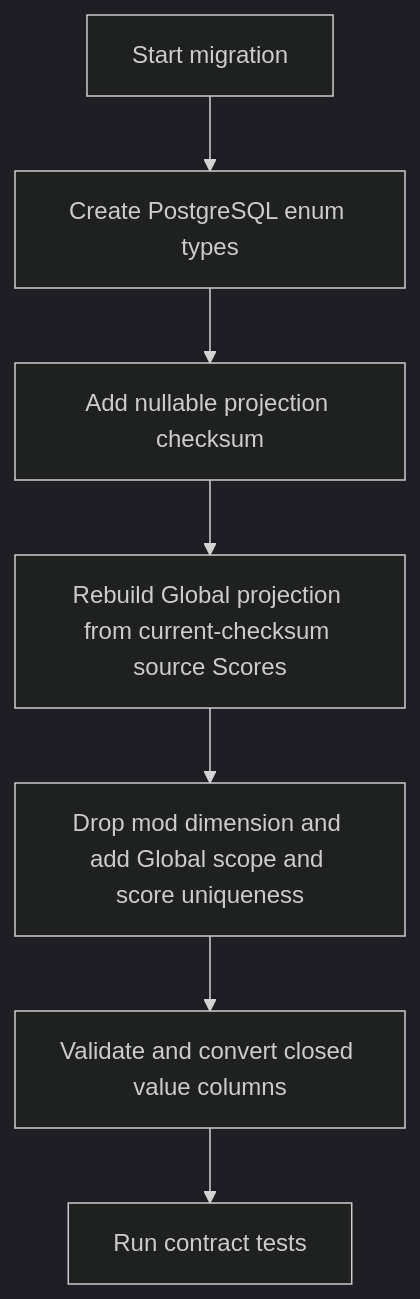
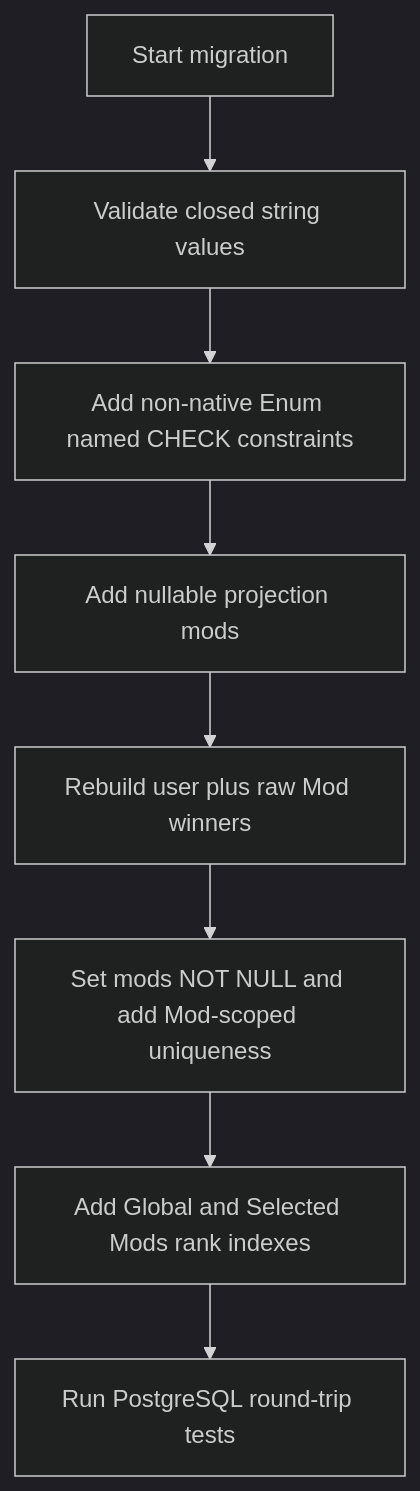
One commit to Reticulmz/athena changed the sixth of 6 diagrams in .kiro/specs/beatmap-leaderboards/design.md. Above: the diagram before and after it, drawn with Mermaid (dark theme). The commit also changed other lines of this file and 39 other files, not shown here.

````diff
--- a/.kiro/specs/beatmap-leaderboards/design.md
+++ b/.kiro/specs/beatmap-leaderboards/design.md
@@ -901,9 +914,10 @@
 ```mermaid
 graph TB
-    Start[Start migration] --> CreateEnumTypes[Create PostgreSQL enum types]
-    CreateEnumTypes --> AddChecksum[Add nullable projection checksum]
-    AddChecksum --> RebuildProjection[Rebuild Global projection from current-checksum source Scores]
-    RebuildProjection --> ConstrainGlobal[Drop mod dimension and add Global scope and score uniqueness]
-    ConstrainGlobal --> ConvertEnums[Validate and convert closed value columns]
-    ConvertEnums --> Verify[Run contract tests]
+    Start[Start migration] --> ValidateClosedValues[Validate closed string values]
+    ValidateClosedValues --> AddChecks[Add non-native Enum named CHECK constraints]
+    AddChecks --> AddMods[Add nullable projection mods]
+    AddMods --> RebuildProjection[Rebuild user plus raw Mod winners]
+    RebuildProjection --> ConstrainMods[Set mods NOT NULL and add Mod-scoped uniqueness]
+    ConstrainMods --> AddIndexes[Add Global and Selected Mods rank indexes]
+    AddIndexes --> Verify[Run PostgreSQL round-trip tests]
 ```
````
